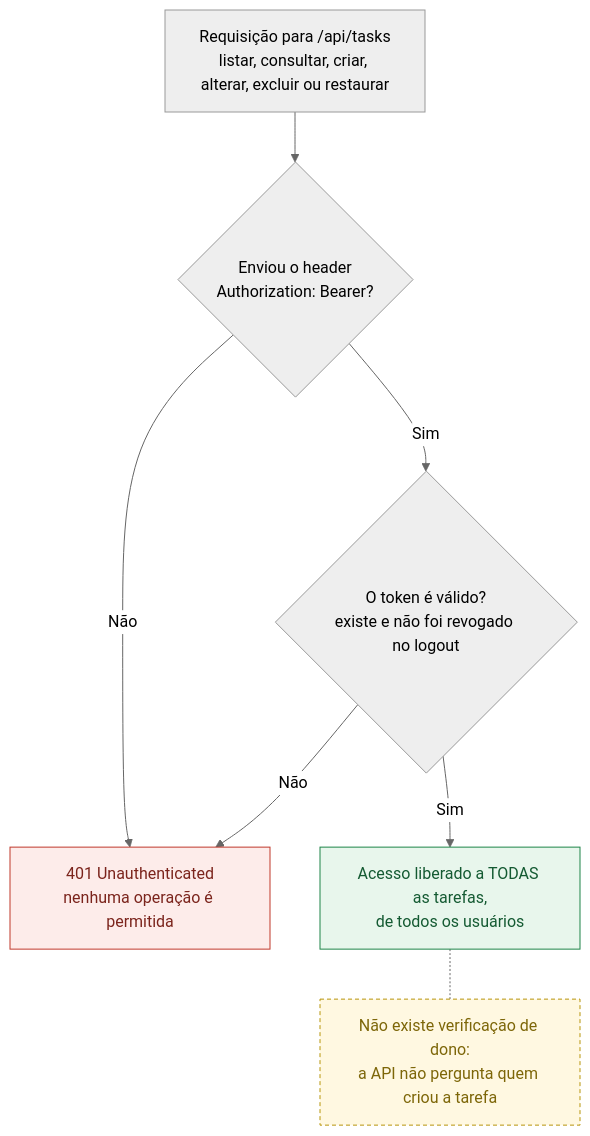
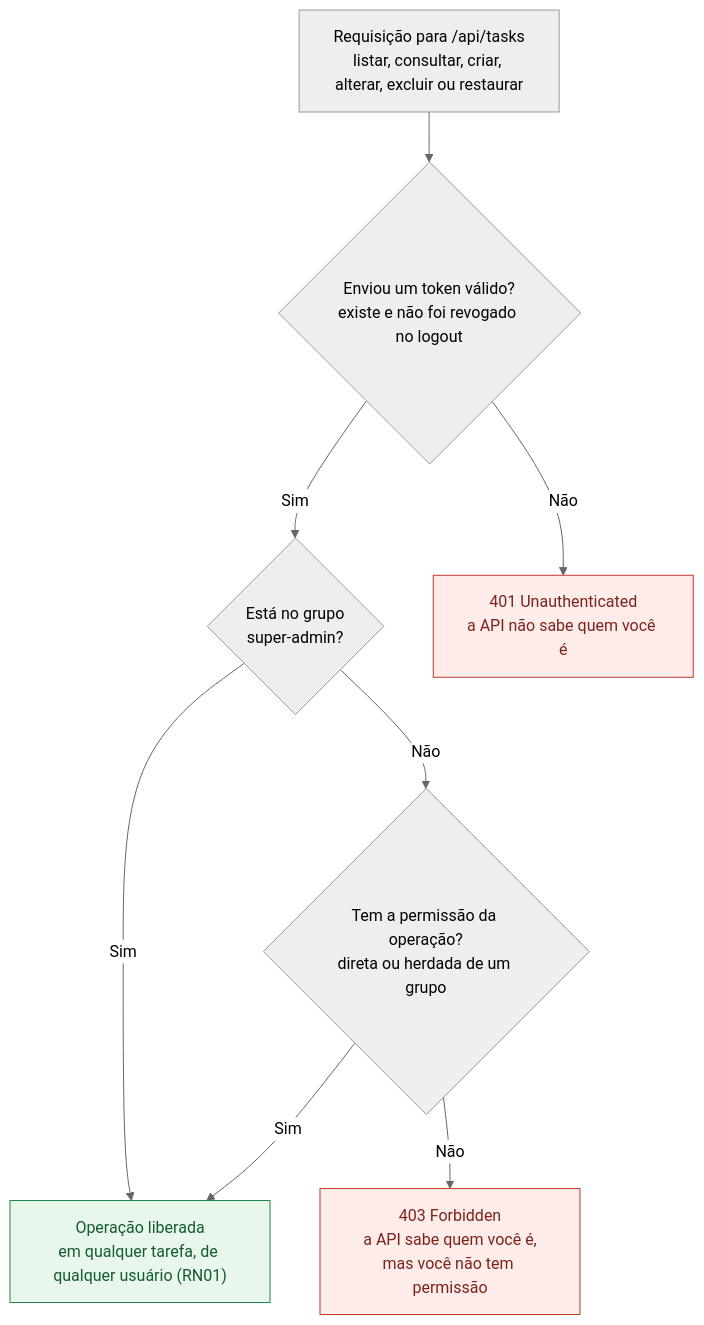
Before and after one commit to DarioCampagnaCoutinho/poc03: the first of 2 diagrams in docs/REGRAS-DE-NEGOCIO.md, drawn with Mermaid (neutral theme). The commit also changed other lines of this file and 22 other files, not shown here.

````diff
--- a/docs/REGRAS-DE-NEGOCIO.md
+++ b/docs/REGRAS-DE-NEGOCIO.md
@@ -13,23 +50,23 @@
 ```mermaid
 flowchart TD
     REQ["Requisição para /api/tasks<br/>listar, consultar, criar, alterar, excluir ou restaurar"]
-    TOKEN{"Enviou o header<br/>Authorization: Bearer?"}
-    VALIDO{"O token é válido?<br/>existe e não foi revogado no logout"}
-    NEGADO["401 Unauthenticated<br/>nenhuma operação é permitida"]
-    LIBERADO["Acesso liberado a TODAS as tarefas,<br/>de todos os usuários"]
-    NOTA["Não existe verificação de dono:<br/>a API não pergunta quem criou a tarefa"]
+    TOKEN{"Enviou um token válido?<br/>existe e não foi revogado no logout"}
+    ADMIN{"Está no grupo<br/>super-admin?"}
+    PERM{"Tem a permissão da operação?<br/>direta ou herdada de um grupo"}
+    E401["401 Unauthenticated<br/>a API não sabe quem você é"]
+    E403["403 Forbidden<br/>a API sabe quem você é,<br/>mas você não tem permissão"]
+    OK["Operação liberada<br/>em qualquer tarefa, de qualquer usuário (RN01)"]
 
     REQ --> TOKEN
-    TOKEN -- Não --> NEGADO
-    TOKEN -- Sim --> VALIDO
-    VALIDO -- Não --> NEGADO
-    VALIDO -- Sim --> LIBERADO
-    LIBERADO -.- NOTA
+    TOKEN -- Não --> E401
+    TOKEN -- Sim --> ADMIN
+    ADMIN -- Sim --> OK
+    ADMIN -- Não --> PERM
+    PERM -- Não --> E403
+    PERM -- Sim --> OK
 
     classDef negado fill:#fdecea,stroke:#c0392b,color:#7b241c
     classDef liberado fill:#e8f6ec,stroke:#1e8449,color:#145a32
-    classDef nota fill:#fff8e1,stroke:#b7950b,color:#7d6608,stroke-dasharray: 4 3
-    class NEGADO negado
-    class LIBERADO liberado
-    class NOTA nota
+    class E401,E403 negado
+    class OK liberado
 ```
````
